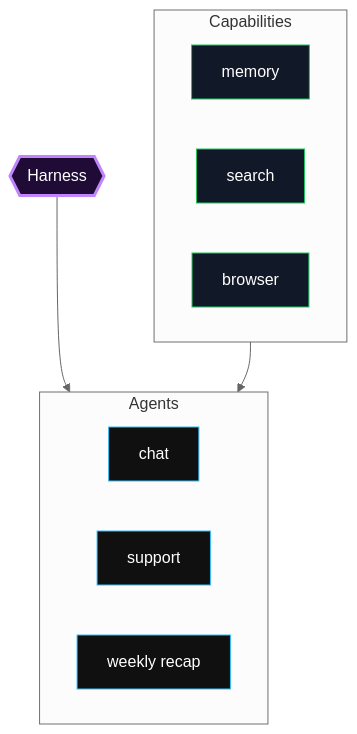
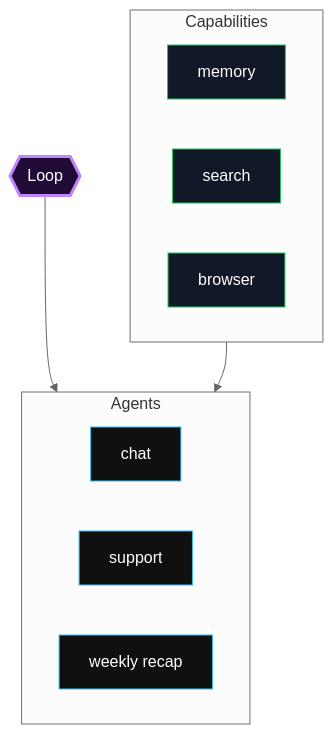
Before and after one commit to render-lab/render-agent-harness: the first of 4 diagrams in docs-site/src/content/docs/architecture.mdx, drawn with Mermaid (neutral theme). The commit also changed other lines of this file and 44 other files, not shown here.

````diff
--- a/docs-site/src/content/docs/architecture.mdx
+++ b/docs-site/src/content/docs/architecture.mdx
@@ -19,26 +19,26 @@
 ```mermaid
 flowchart TB
-  harness{{"Harness"}}
+  loop{{"Loop"}}
 
   subgraph agents["Agents"]
     chat["chat"]
     support["support"]
     recap["weekly recap"]
   end
 
   subgraph capabilities["Capabilities"]
     memory["memory"]
     search["search"]
     browser["browser"]
   end
 
-  harness --> agents
+  loop --> agents
   capabilities --> agents
 
-  class harness central
+  class loop central
   class chat,support,recap agent
   class memory,search,browser capability
   classDef central fill:#1f0b35,stroke:#c084fc,stroke-width:3px,color:#ffffff
   classDef agent fill:#101010,stroke:#38bdf8,color:#ffffff
   classDef capability fill:#111827,stroke:#22c55e,color:#ffffff
 ```
````
